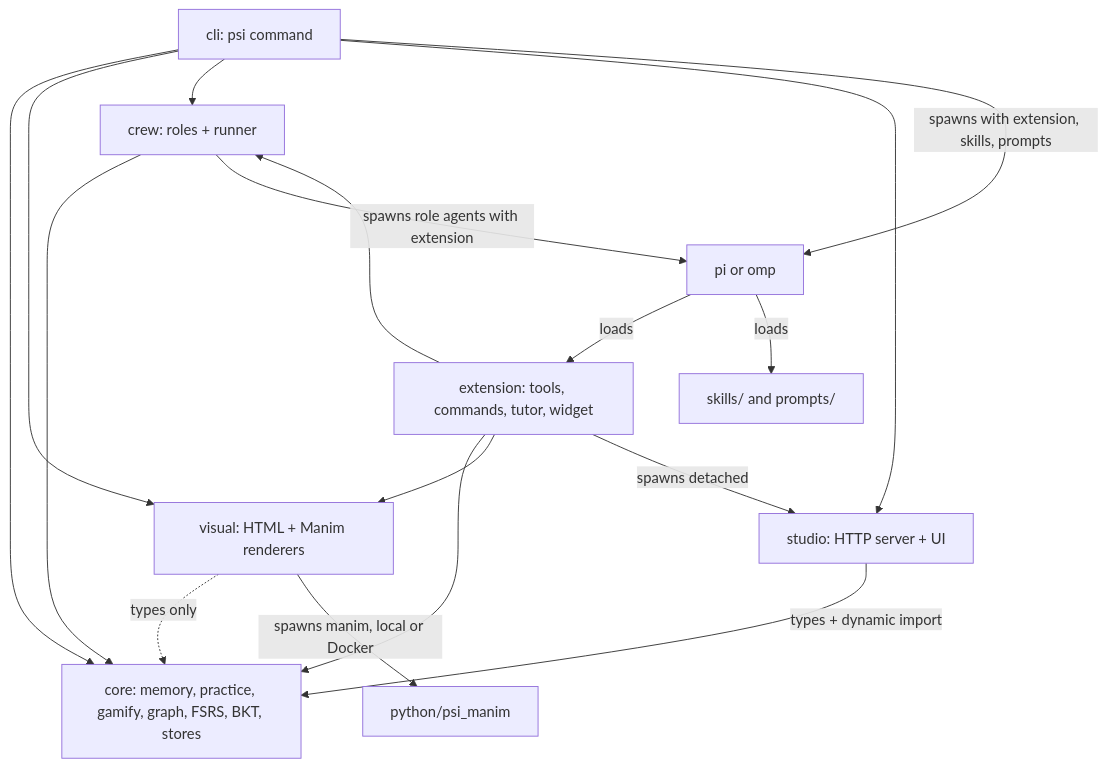
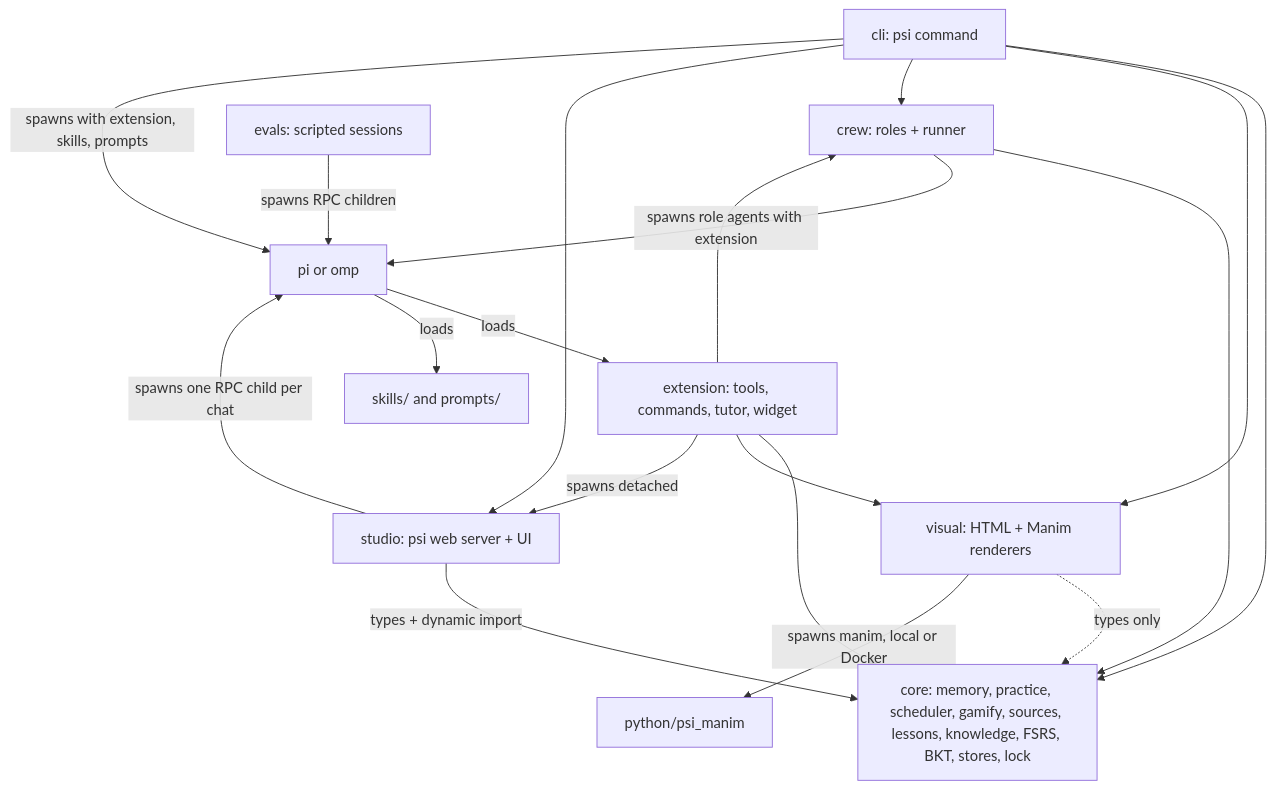
One commit to argenestel/psiharness changed the diagram in docs/architecture.md. Above: the diagram before and after it, drawn with Mermaid. The commit also changed other lines of this file and 29 other files, not shown here.

Commit message:
Docs/skills/prompts match the code: execution gating with fallbacks, evidence-based verification wording, free hints, game layer, scheduler, continuous lessons; full tools/commands/routes/env reference; README rewrite

````diff
--- a/docs/architecture.md
+++ b/docs/architecture.md
@@ -41,19 +79,21 @@
 ```mermaid
 flowchart TD
-  CLI[cli: psi command] --> Core[core: memory, practice, gamify, graph, FSRS, BKT, stores]
+  CLI[cli: psi command] --> Core[core: memory, practice, scheduler, gamify, sources, lessons, knowledge, FSRS, BKT, stores, lock]
   CLI --> Visual[visual: HTML + Manim renderers]
   CLI --> Crew[crew: roles + runner]
-  CLI --> Studio[studio: HTTP server + UI]
+  CLI --> Studio[studio: psi web server + UI]
+  Studio -->|spawns one RPC child per chat| Host
+  Evals[evals: scripted sessions] -->|spawns RPC children| Host
   CLI -->|spawns with extension, skills, prompts| Host[pi or omp]
   Host -->|loads| Ext[extension: tools, commands, tutor, widget]
   Host -->|loads| Resources[skills/ and prompts/]
   Ext --> Core
   Ext --> Visual
   Ext --> Crew
   Ext -->|spawns detached| Studio
   Crew --> Core
   Crew -->|spawns role agents with extension| Host
   Visual -.->|types only| Core
   Studio -->|types + dynamic import| Core
   Visual -->|spawns manim, local or Docker| Python[python/psi_manim]
 ```
````
